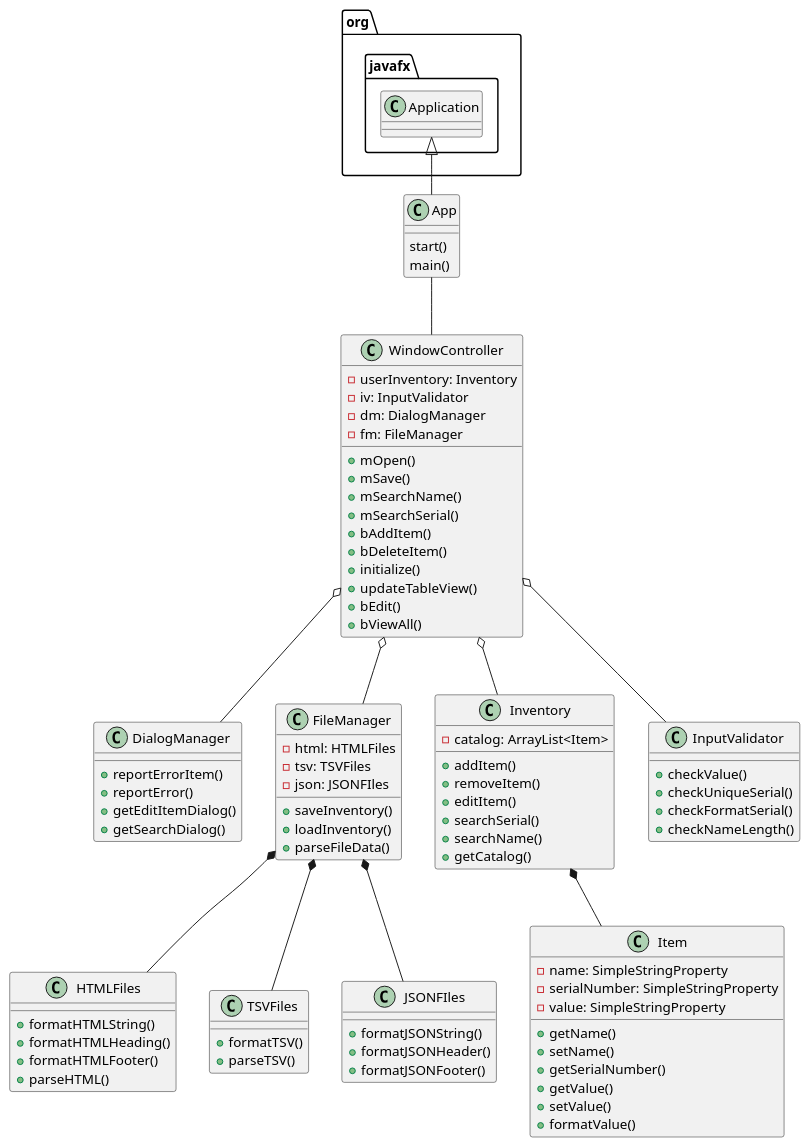
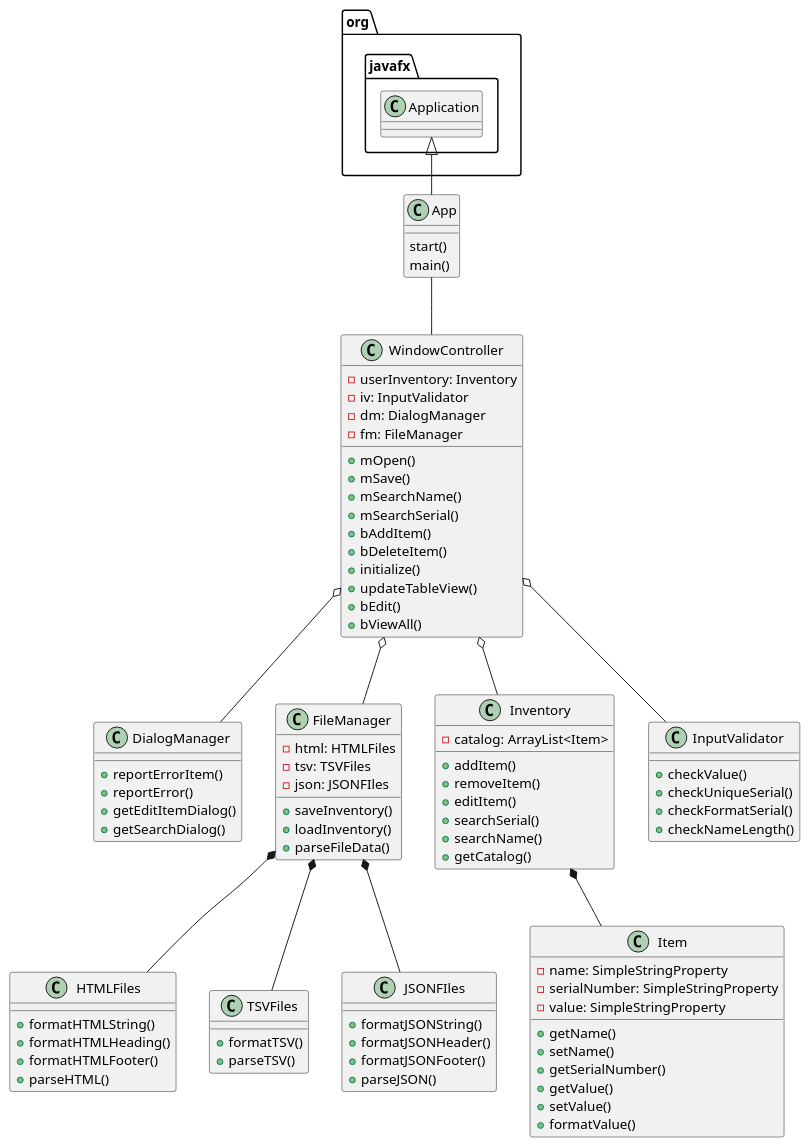
Before and after one commit to kingraham228/Ingraham-7945-a5: the diagram in uml/Inventory.puml, drawn with PlantUML. The commit also changed 4 other files, not shown here.

```diff
--- a/uml/Inventory.puml
+++ b/uml/Inventory.puml
@@ -1,102 +1,103 @@
 @startuml
 class App{
 start()
 main()
 }
 
 class WindowController{
 - userInventory: Inventory
 - iv: InputValidator
 - dm: DialogManager
 - fm: FileManager
 
 +mOpen()
 +mSave()
 +mSearchName()
 +mSearchSerial()
 +bAddItem()
 +bDeleteItem()
 +initialize()
 +updateTableView()
 +bEdit()
 +bViewAll()
 
 }
 
 class DialogManager{
 +reportErrorItem()
 +reportError()
 +getEditItemDialog()
 +getSearchDialog()
 }
 
 class FileManager{
 -html: HTMLFiles
 -tsv: TSVFiles
 -json: JSONFIles
 +saveInventory()
 +loadInventory()
 +parseFileData()
 }
 
 class Inventory{
 - catalog: ArrayList<Item>
 
 +addItem()
 +removeItem()
 +editItem()
 +searchSerial()
 +searchName()
 +getCatalog()
 }
 
 class Item{
 -name: SimpleStringProperty
 -serialNumber: SimpleStringProperty
 -value: SimpleStringProperty
 
 +getName()
 +setName()
 +getSerialNumber()
 +getValue()
 +setValue()
 +formatValue()
 }
 
 class InputValidator{
 + checkValue()
 + checkUniqueSerial()
 + checkFormatSerial()
 + checkNameLength()
 }
 
 class HTMLFiles{
 +formatHTMLString()
 +formatHTMLHeading()
 +formatHTMLFooter()
 +parseHTML()
 }
 
 class TSVFiles{
 +formatTSV()
 +parseTSV()
 }
 
 class JSONFIles{
 +formatJSONString()
 +formatJSONHeader()
 +formatJSONFooter()
++parseJSON()
 }
 
 
 org.javafx.Application <|-- App
 App -- WindowController
 WindowController o-- DialogManager
 WindowController o-- FileManager
 WindowController o-- Inventory
 Inventory *-- Item
 WindowController o-- InputValidator
 FileManager *-- HTMLFiles
 FileManager *-- TSVFiles
 FileManager *-- JSONFIles
 @enduml
```
